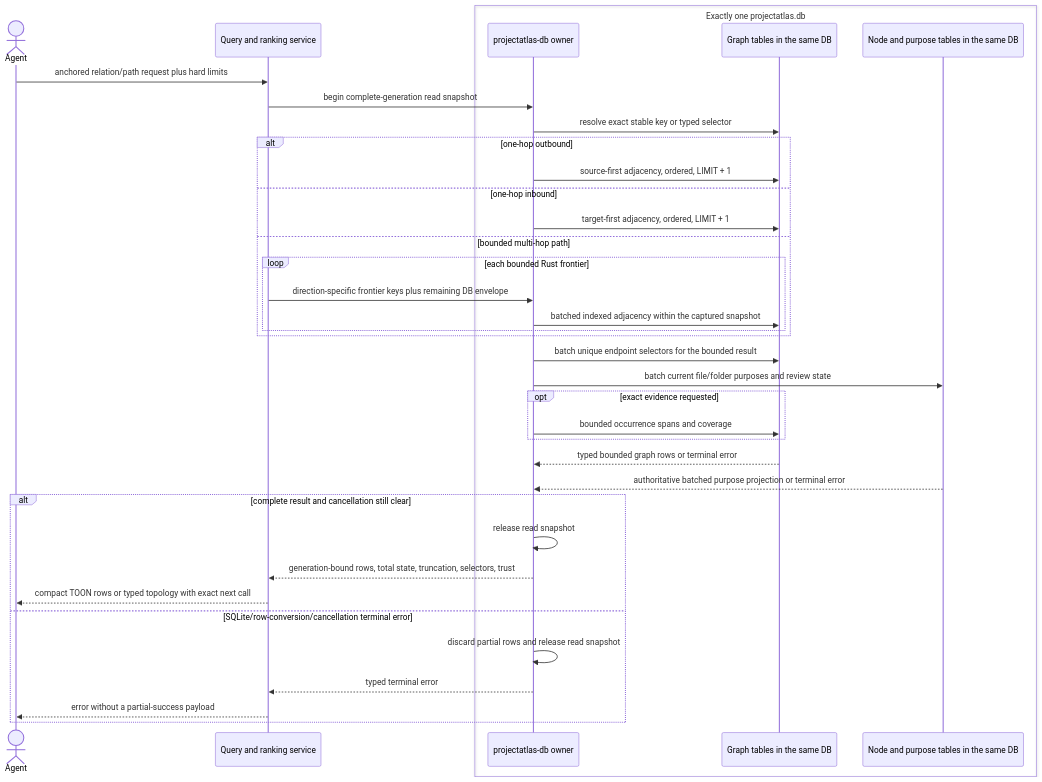
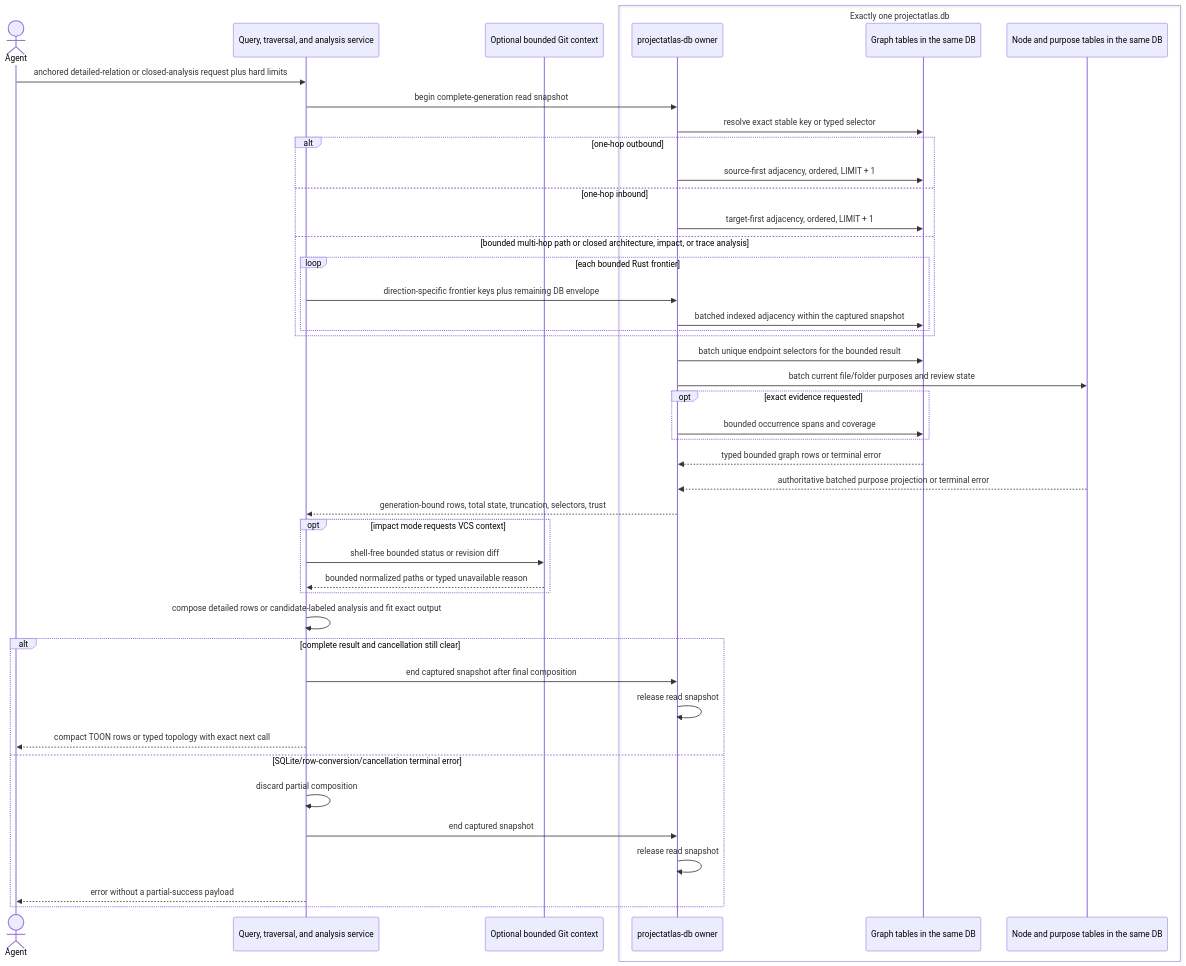
Before and after one commit to styler-ai/ProjectAtlas: the fifth of 21 diagrams in docs/projectatlas-3-architecture.md, drawn with Mermaid. The commit also changed other lines of this file and 12 other files, not shown here.

Commit message:
feat(intelligence): bound analysis and navigation outputs (#308)

````diff
--- a/docs/projectatlas-3-architecture.md
+++ b/docs/projectatlas-3-architecture.md
@@ -551,40 +551,48 @@
 ```mermaid
 sequenceDiagram
     actor Agent
-    participant Service as Query and ranking service
+    participant Service as Query, traversal, and analysis service
+    participant Git as Optional bounded Git context
     box Exactly one projectatlas.db
         participant DB as projectatlas-db owner
         participant Graph as Graph tables in the same DB
         participant Atlas as Node and purpose tables in the same DB
     end
 
-    Agent->>Service: anchored relation/path request plus hard limits
+    Agent->>Service: anchored detailed-relation or closed-analysis request plus hard limits
     Service->>DB: begin complete-generation read snapshot
     DB->>Graph: resolve exact stable key or typed selector
     alt one-hop outbound
         DB->>Graph: source-first adjacency, ordered, LIMIT + 1
     else one-hop inbound
         DB->>Graph: target-first adjacency, ordered, LIMIT + 1
-    else bounded multi-hop path
+    else bounded multi-hop path or closed architecture, impact, or trace analysis
         loop each bounded Rust frontier
             Service->>DB: direction-specific frontier keys plus remaining DB envelope
             DB->>Graph: batched indexed adjacency within the captured snapshot
         end
     end
     DB->>Graph: batch unique endpoint selectors for the bounded result
     DB->>Atlas: batch current file/folder purposes and review state
     opt exact evidence requested
         DB->>Graph: bounded occurrence spans and coverage
     end
     Graph-->>DB: typed bounded graph rows or terminal error
     Atlas-->>DB: authoritative batched purpose projection or terminal error
+    DB-->>Service: generation-bound rows, total state, truncation, selectors, trust
+    opt impact mode requests VCS context
+        Service->>Git: shell-free bounded status or revision diff
+        Git-->>Service: bounded normalized paths or typed unavailable reason
+    end
+    Service->>Service: compose detailed rows or candidate-labeled analysis and fit exact output
     alt complete result and cancellation still clear
+        Service->>DB: end captured snapshot after final composition
         DB->>DB: release read snapshot
-        DB-->>Service: generation-bound rows, total state, truncation, selectors, trust
         Service-->>Agent: compact TOON rows or typed topology with exact next call
     else SQLite/row-conversion/cancellation terminal error
-        DB->>DB: discard partial rows and release read snapshot
-        DB-->>Service: typed terminal error
+        Service->>Service: discard partial composition
+        Service->>DB: end captured snapshot
+        DB->>DB: release read snapshot
         Service-->>Agent: error without a partial-success payload
     end
 ```
````
